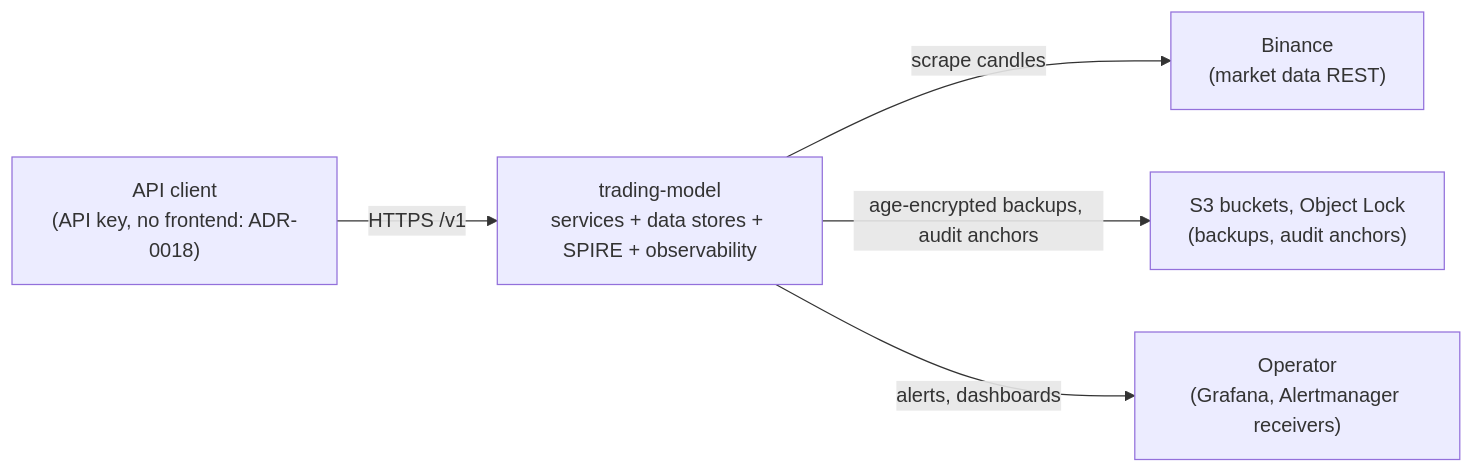
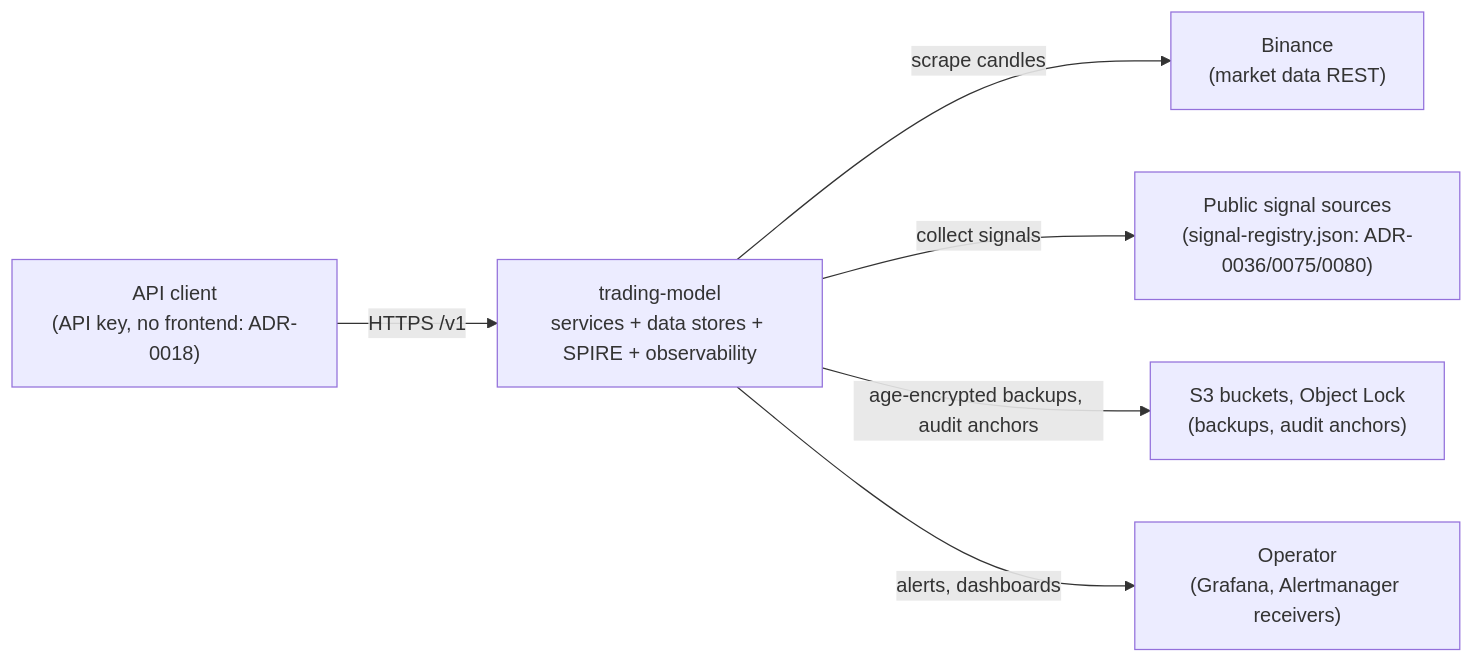
Before and after one commit to docteur-turboss/trading-model: the first of 4 diagrams in docs/architecture/system-overview.md, drawn with Mermaid. The commit also changed other lines of this file and 3 other files, not shown here.

Commit message:
:memo:(docs): ajouter les sources de signaux et decision-consumer aux diagrammes C4 et corriger les index (#2632)

````diff
--- a/docs/architecture/system-overview.md
+++ b/docs/architecture/system-overview.md
@@ -9,12 +9,14 @@
 ```mermaid
 flowchart LR
   client["API client<br/>(API key, no frontend: ADR-0018)"]
   binance["Binance<br/>(market data REST)"]
+  sig["Public signal sources<br/>(signal-registry.json: ADR-0036/0075/0080)"]
   s3["S3 buckets, Object Lock<br/>(backups, audit anchors)"]
   ops["Operator<br/>(Grafana, Alertmanager receivers)"]
   system["trading-model<br/>services + data stores + SPIRE + observability"]
   client -->|HTTPS /v1| system
   system -->|scrape candles| binance
+  system -->|"collect signals"| sig
   system -->|age-encrypted backups, audit anchors| s3
   system -->|alerts, dashboards| ops
 ```
````
